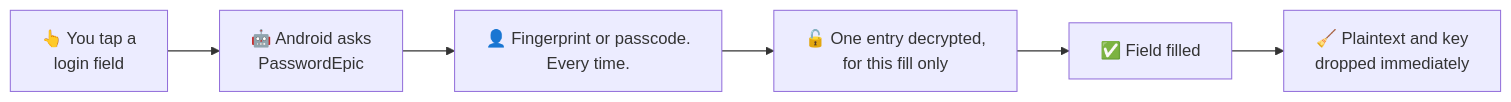
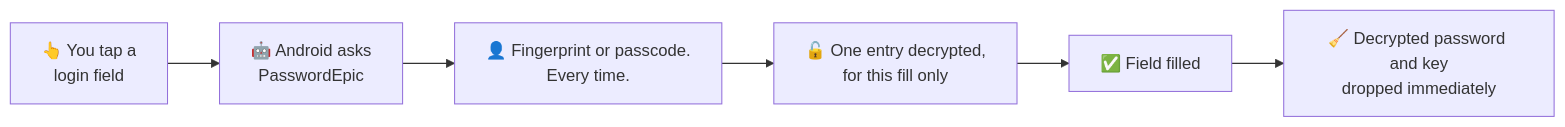
Before and after one commit to TuPhung369/passwordepic-website: the third of 3 diagrams in docs/autofill.md, drawn with Mermaid. The commit also changed other lines of this file and 4 other files, not shown here.

First line of the commit message:
Say "the decrypted password", not "plaintext"

````diff
--- a/docs/autofill.md
+++ b/docs/autofill.md
@@ -152,8 +153,8 @@
 ```mermaid
 flowchart LR
   A["👆 You tap a<br/>login field"] --> B["🤖 Android asks<br/>PasswordEpic"]
   B --> C["👤 Fingerprint or passcode.<br/>Every time."]
   C --> D["🔓 One entry decrypted,<br/>for this fill only"]
   D --> E["✅ Field filled"]
-  E --> F["🧹 Plaintext and key<br/>dropped immediately"]
+  E --> F["🧹 Decrypted password and key<br/>dropped immediately"]
 ```
````
